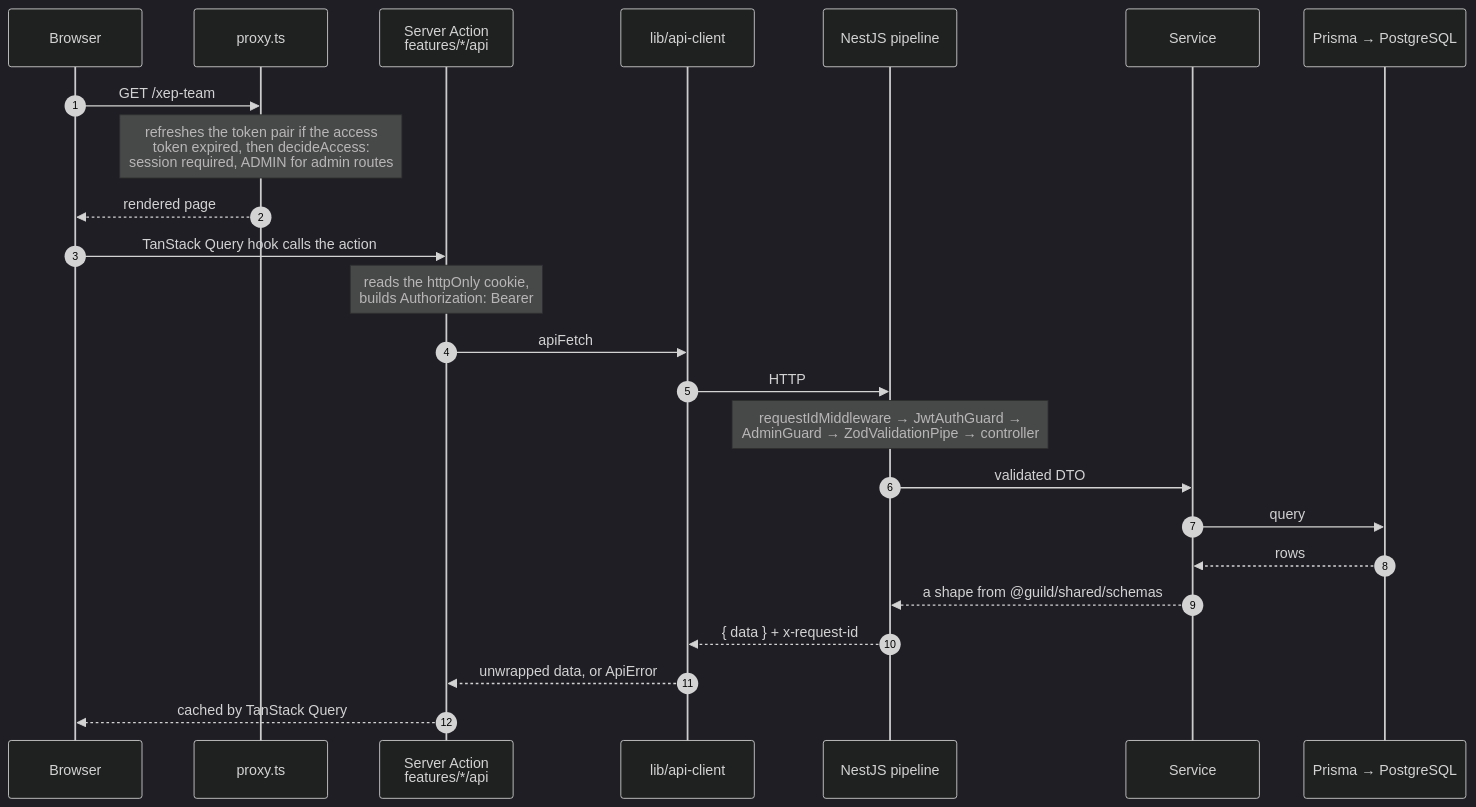
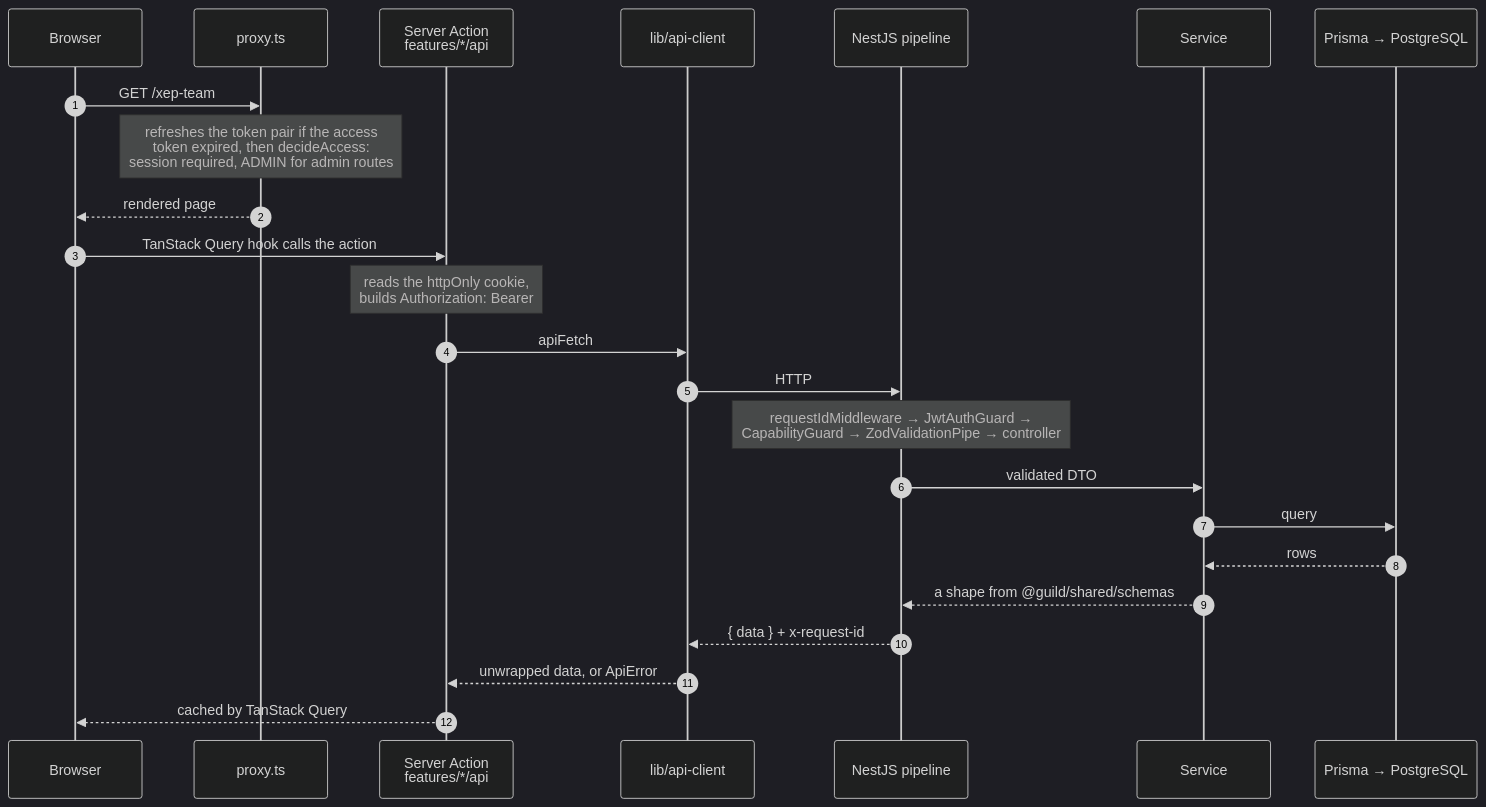
The third of 6 diagrams in docs/architecture.md (minhhuy1201/guild-manager), drawn with Mermaid (dark theme) before and after one commit. The commit also changed other lines of this file and 60 other files, not shown here.

````diff
--- a/docs/architecture.md
+++ b/docs/architecture.md
@@ -99,27 +99,27 @@
 ```mermaid
 sequenceDiagram
     autonumber
     participant B as Browser
     participant PX as proxy.ts
     participant SA as Server Action<br/>features/*/api
     participant AC as lib/api-client
     participant NP as NestJS pipeline
     participant SV as Service
     participant DB as Prisma → PostgreSQL
 
     B->>PX: GET /xep-team
     Note over PX: refreshes the token pair if the access<br/>token expired, then decideAccess:<br/>session required, ADMIN for admin routes
     PX-->>B: rendered page
     B->>SA: TanStack Query hook calls the action
     Note over SA: reads the httpOnly cookie,<br/>builds Authorization: Bearer
     SA->>AC: apiFetch
     AC->>NP: HTTP
-    Note over NP: requestIdMiddleware → JwtAuthGuard →<br/>AdminGuard → ZodValidationPipe → controller
+    Note over NP: requestIdMiddleware → JwtAuthGuard →<br/>CapabilityGuard → ZodValidationPipe → controller
     NP->>SV: validated DTO
     SV->>DB: query
     DB-->>SV: rows
     SV-->>NP: a shape from @guild/shared/schemas
     NP-->>AC: { data } + x-request-id
     AC-->>SA: unwrapped data, or ApiError
     SA-->>B: cached by TanStack Query
 ```
````
